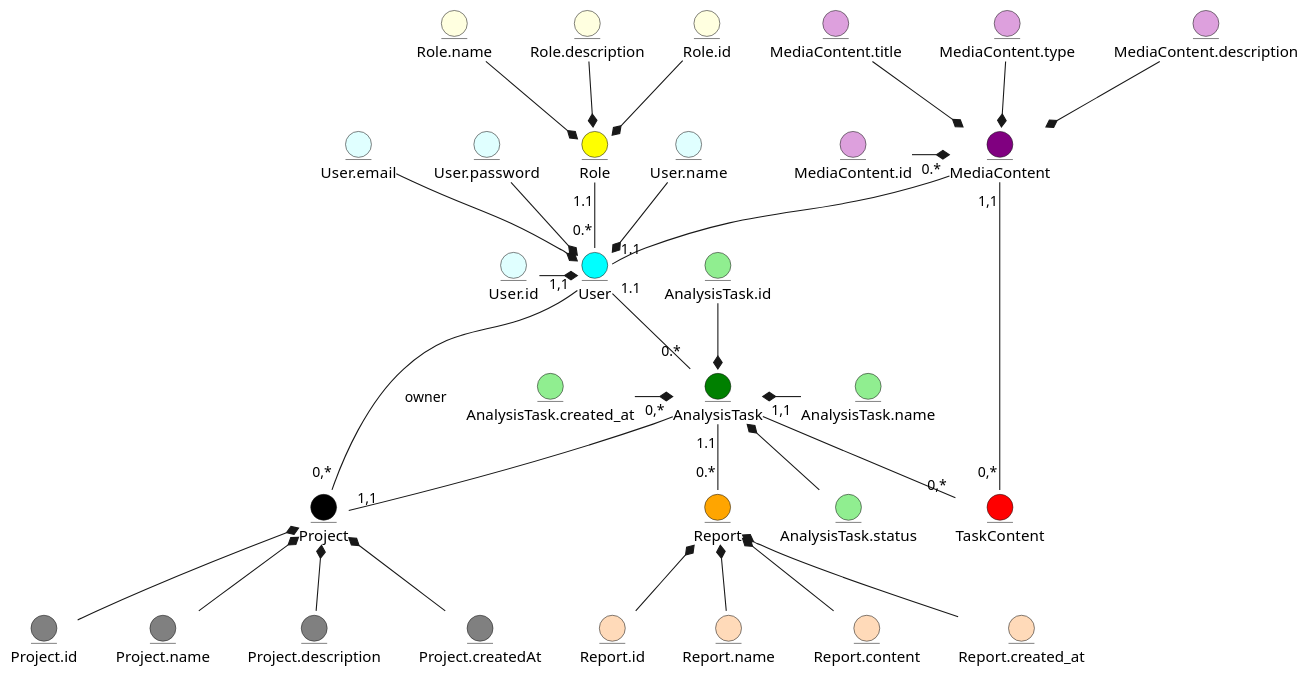
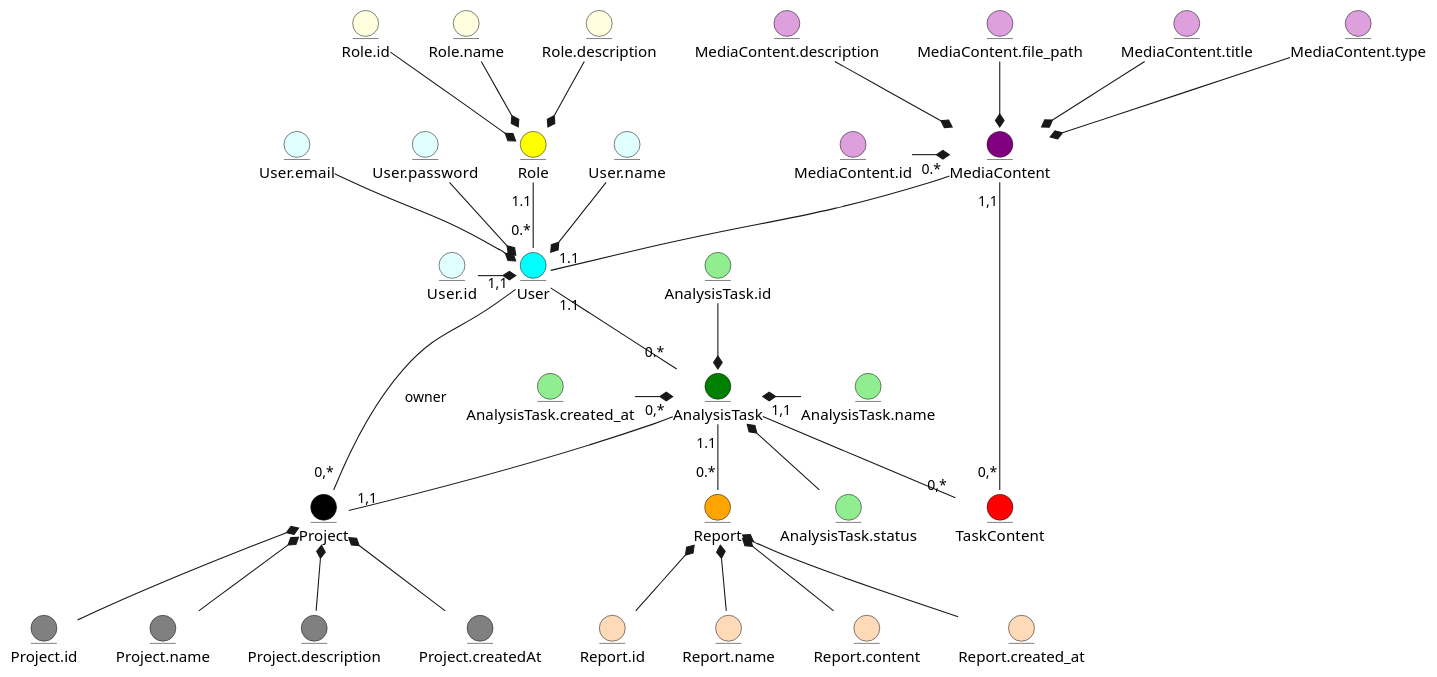
Before and after one commit to zhkcll/lab6: the diagram in docs/design.md, drawn with PlantUML.

```diff
--- a/docs/design.md
+++ b/docs/design.md
@@ -30,11 +30,13 @@
 entity MediaContent.title #plum
 entity MediaContent.type #plum
 entity MediaContent.description #plum
+entity MediaContent.file_path #plum
 
 MediaContent.id -r-* MediaContent
 MediaContent.title --* MediaContent
 MediaContent.type --* MediaContent
 MediaContent.description --* MediaContent
+MediaContent.file_path --* MediaContent
 
 entity AnalysisTask #green
 entity AnalysisTask.id #lightGreen
```
